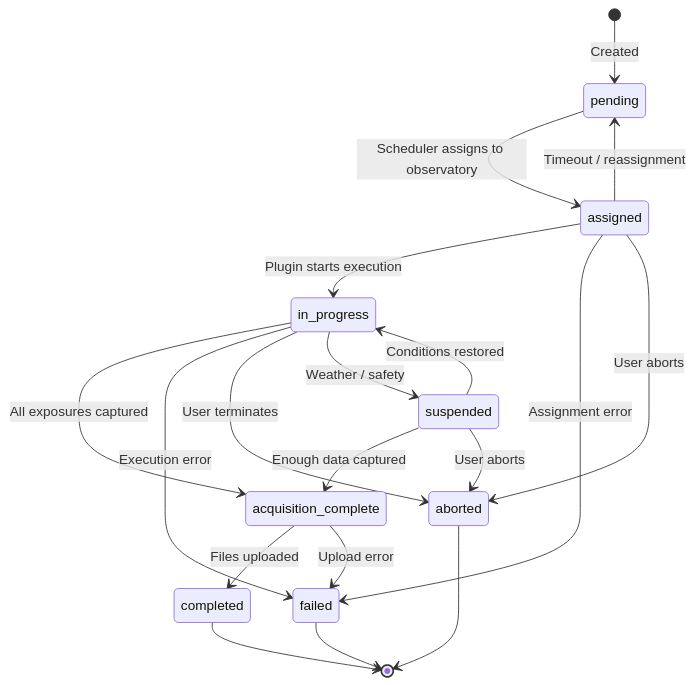
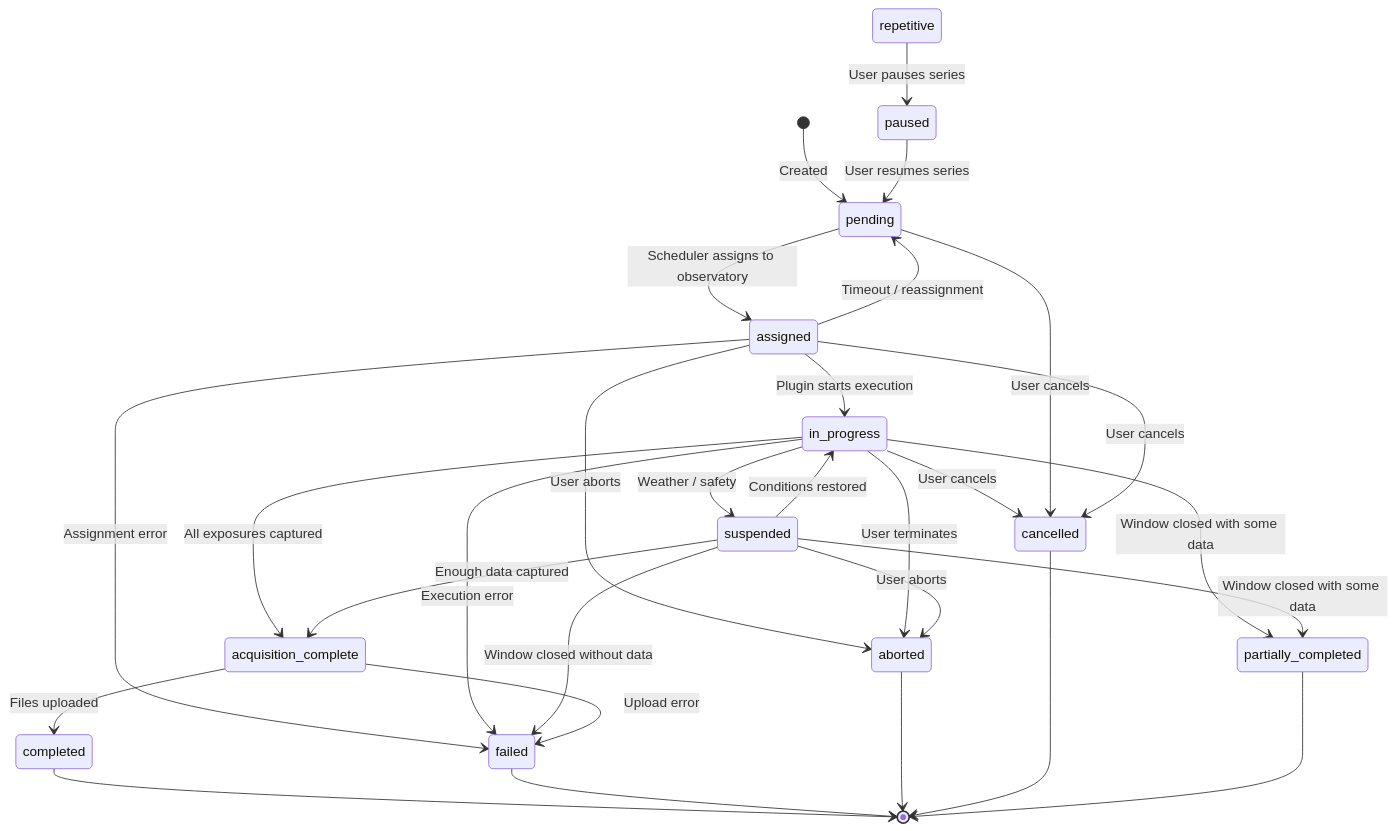
The diagram in docs/OBSERVATION_LIFECYCLE.md (First-Light-Systems/nina-scheduler-docs), drawn with Mermaid before and after one commit. The commit also changed other lines of this file and 30 other files, not shown here.

````diff
--- a/docs/OBSERVATION_LIFECYCLE.md
+++ b/docs/OBSERVATION_LIFECYCLE.md
@@ -9,26 +9,38 @@
 ```mermaid
 stateDiagram-v2
     [*] --> pending: Created
     pending --> assigned: Scheduler assigns to observatory
 
     assigned --> in_progress: Plugin starts execution
     assigned --> pending: Timeout / reassignment
     assigned --> failed: Assignment error
     assigned --> aborted: User aborts
 
     in_progress --> acquisition_complete: All exposures captured
     in_progress --> failed: Execution error
     in_progress --> aborted: User terminates
+    in_progress --> cancelled: User cancels
     in_progress --> suspended: Weather / safety
+    in_progress --> partially_completed: Window closed with some data
 
     suspended --> in_progress: Conditions restored
     suspended --> acquisition_complete: Enough data captured
+    suspended --> partially_completed: Window closed with some data
     suspended --> aborted: User aborts
+    suspended --> failed: Window closed without data
 
     acquisition_complete --> completed: Files uploaded
     acquisition_complete --> failed: Upload error
 
+    pending --> cancelled: User cancels
+    assigned --> cancelled: User cancels
+
+    repetitive --> paused: User pauses series
+    paused --> pending: User resumes series
+
     completed --> [*]
     failed --> [*]
     aborted --> [*]
+    cancelled --> [*]
+    partially_completed --> [*]
 ```
````
